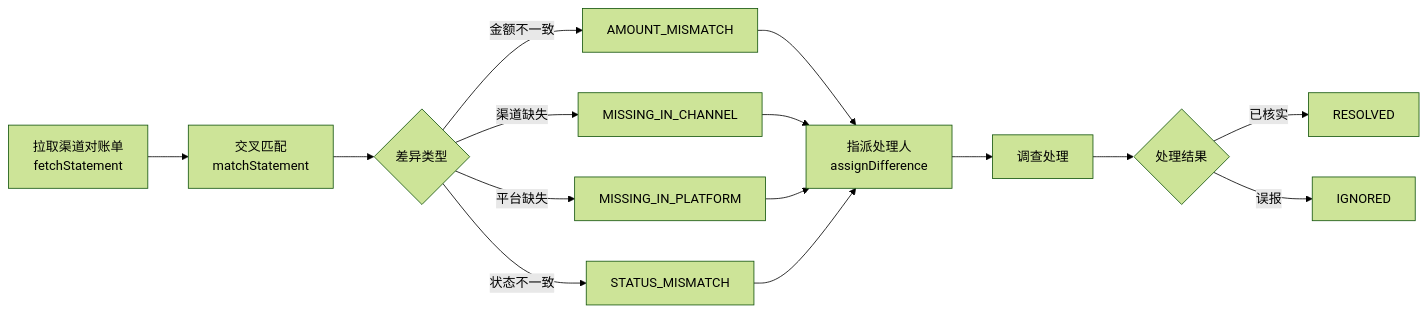
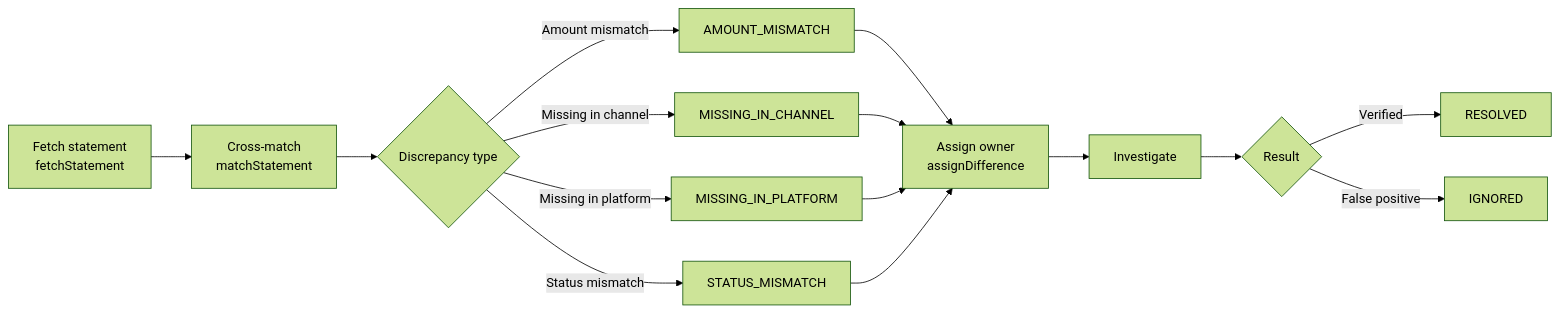
Before and after one commit to weed33834/KeBaiPay: the second of 2 diagrams in README.md, drawn with Mermaid (forest theme). The commit also changed other lines of this file and 2 other files, not shown here.

````diff
--- a/README.md
+++ b/README.md
@@ -345,17 +328,17 @@
 ```mermaid
 flowchart LR
-    A[拉取渠道对账单<br/>fetchStatement] --> B[交叉匹配<br/>matchStatement]
-    B --> C{差异类型}
-    C -->|金额不一致| D[AMOUNT_MISMATCH]
-    C -->|渠道缺失| E[MISSING_IN_CHANNEL]
-    C -->|平台缺失| F[MISSING_IN_PLATFORM]
-    C -->|状态不一致| G[STATUS_MISMATCH]
-    D --> H[指派处理人<br/>assignDifference]
+    A[Fetch statement<br/>fetchStatement] --> B[Cross-match<br/>matchStatement]
+    B --> C{Discrepancy type}
+    C -->|Amount mismatch| D[AMOUNT_MISMATCH]
+    C -->|Missing in channel| E[MISSING_IN_CHANNEL]
+    C -->|Missing in platform| F[MISSING_IN_PLATFORM]
+    C -->|Status mismatch| G[STATUS_MISMATCH]
+    D --> H[Assign owner<br/>assignDifference]
     E --> H
     F --> H
     G --> H
-    H --> I[调查处理]
-    I --> J{处理结果}
-    J -->|已核实| K[RESOLVED]
-    J -->|误报| L[IGNORED]
+    H --> I[Investigate]
+    I --> J{Result}
+    J -->|Verified| K[RESOLVED]
+    J -->|False positive| L[IGNORED]
 ```
````
